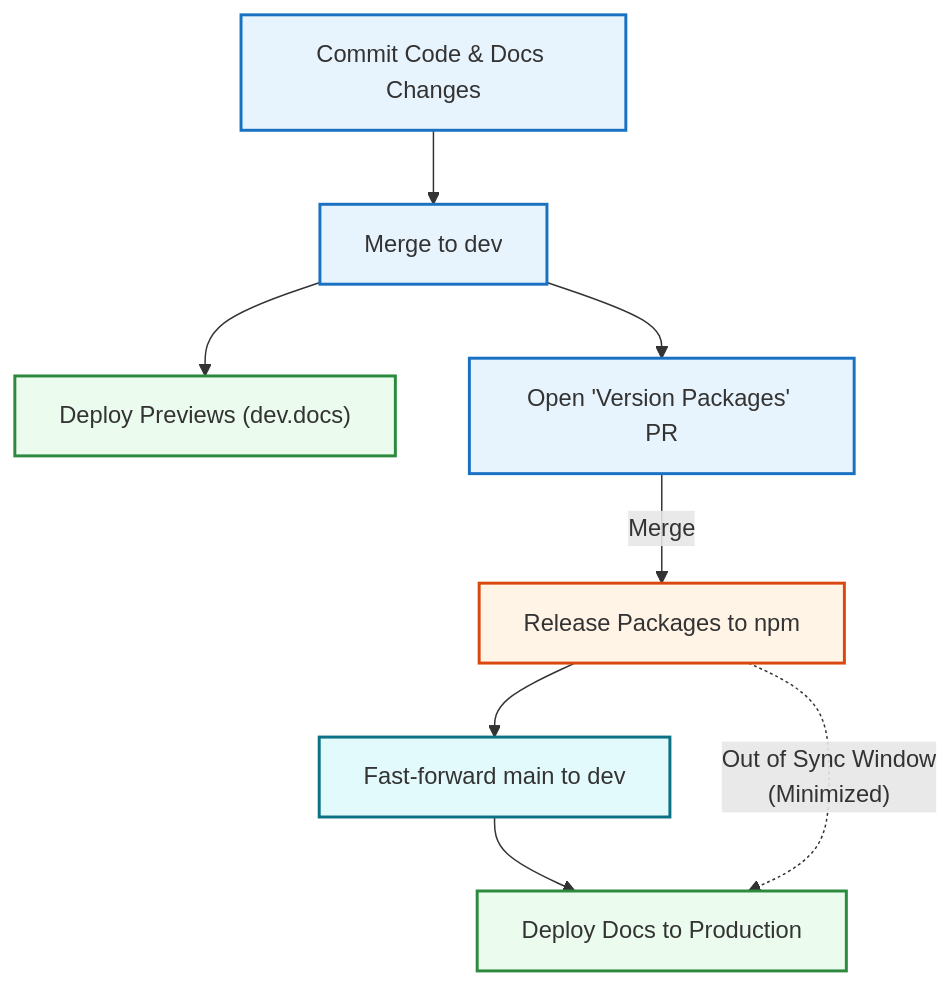
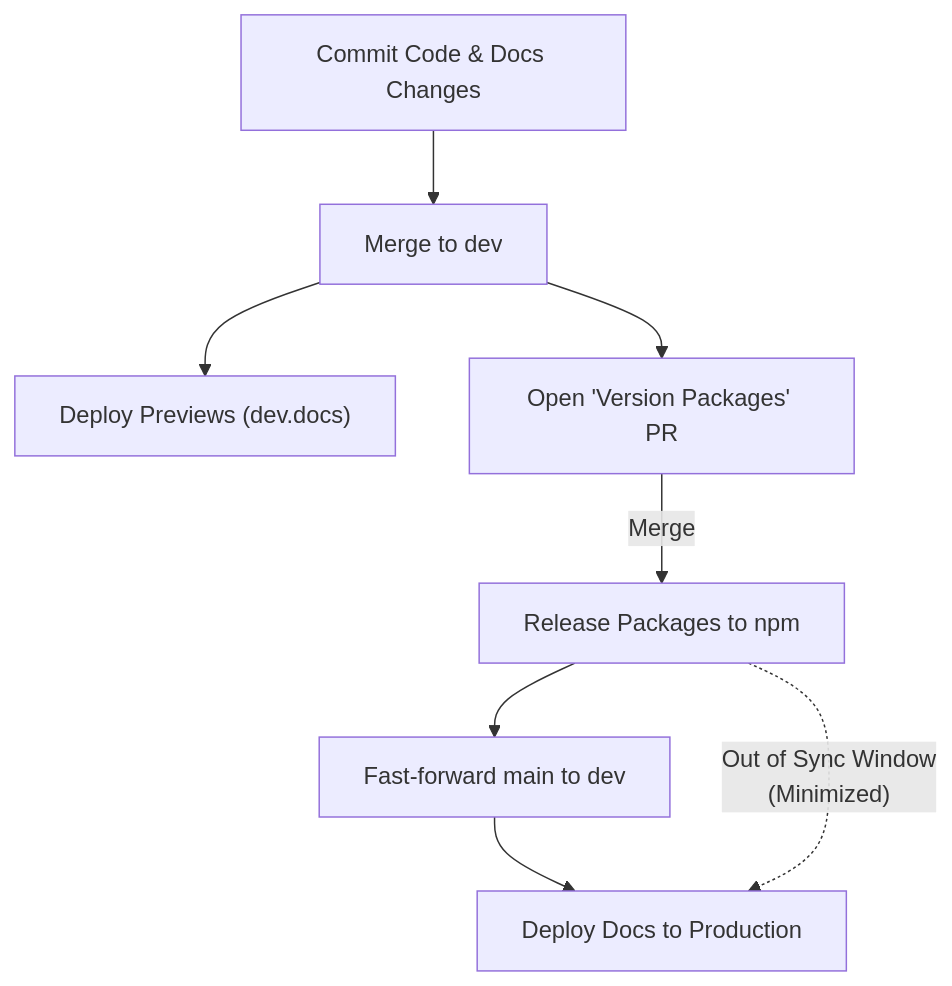
One commit to yamcodes/arkenv changed the second of 5 diagrams in docs/adr/0006-branching-and-release-flow.md. Above: the diagram before and after it, drawn with Mermaid. The commit also changed other lines of this file, not shown here.

Commit message:
refactor: remove Mermaid class definitions and styling from ADR branching flow diagrams

````diff
--- a/docs/adr/0006-branching-and-release-flow.md
+++ b/docs/adr/0006-branching-and-release-flow.md
@@ -42,16 +38,11 @@
 ```mermaid
 graph TD
-    classDef dev fill:#e8f4fd,stroke:#1971c2,stroke-width:2px;
-    classDef main fill:#e3fafc,stroke:#0b7285,stroke-width:2px;
-    classDef deploy fill:#ebfbee,stroke:#2b8a3e,stroke-width:2px;
-    classDef release fill:#fff4e6,stroke:#d9480f,stroke-width:2px;
-    
-    A[Commit Code & Docs Changes]:::dev --> B[Merge to dev]:::dev
-    B --> C["Deploy Previews (dev.docs)"]:::deploy
-    B --> D["Open 'Version Packages' PR"]:::dev
-    D -->|Merge| E[Release Packages to npm]:::release
-    E --> F[Fast-forward main to dev]:::main
-    F --> G[Deploy Docs to Production]:::deploy
+    A[Commit Code & Docs Changes] --> B[Merge to dev]
+    B --> C["Deploy Previews (dev.docs)"]
+    B --> D["Open 'Version Packages' PR"]
+    D -->|Merge| E[Release Packages to npm]
+    E --> F[Fast-forward main to dev]
+    F --> G[Deploy Docs to Production]
     
     E -.->|"Out of Sync Window<br/>(Minimized)"| G
 ```
````
